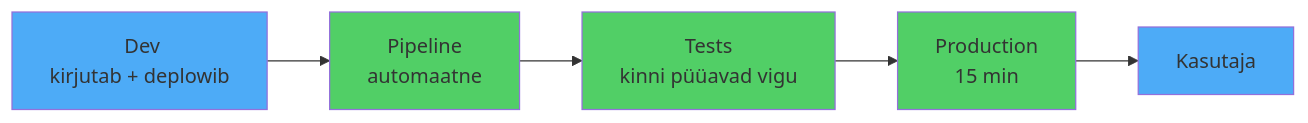
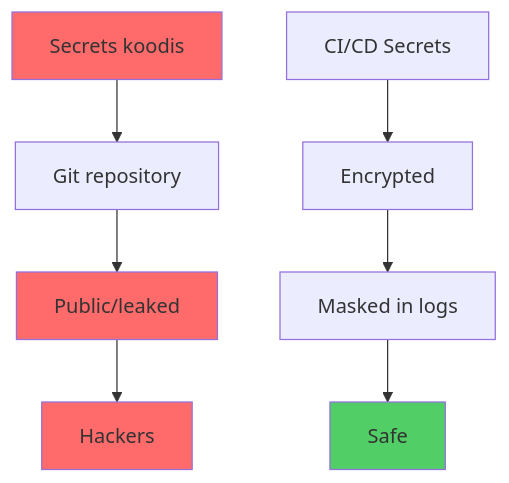
One commit to mtalvik/automatiseerimine_ext changed diagram 11 of 11 in docs/ci_cd/loeng.md. Above: the diagram before and after it, drawn with Mermaid. The commit also changed other lines of this file and 140 other files, not shown here.

````diff
--- a/docs/ci_cd/loeng.md
+++ b/docs/ci_cd/loeng.md
@@ -755,13 +641,15 @@
 ```mermaid
-graph LR
-    A[‍ Dev<br/>kirjutab + deplowib] --> B[ Pipeline<br/>automaatne]
-    B --> C[ Tests<br/>kinni püüavad vigu]
-    C --> D[ Production<br/>15 min]
-    D --> E[ Kasutaja]
+graph TD
+    BAD[Secrets koodis] --> GIT[Git repository]
+    GIT --> PUBLIC[Public/leaked]
+    PUBLIC --> HACK[Hackers]
     
-    style A fill:#4dabf7
-    style B fill:#51cf66
-    style C fill:#51cf66
-    style D fill:#51cf66
-    style E fill:#4dabf7
+    GOOD[CI/CD Secrets] --> ENCRYPT[Encrypted]
+    ENCRYPT --> MASKED[Masked in logs]
+    MASKED --> SAFE[Safe]
+    
+    style BAD fill:#ff6b6b
+    style PUBLIC fill:#ff6b6b
+    style HACK fill:#ff6b6b
+    style SAFE fill:#51cf66
 ```
````
